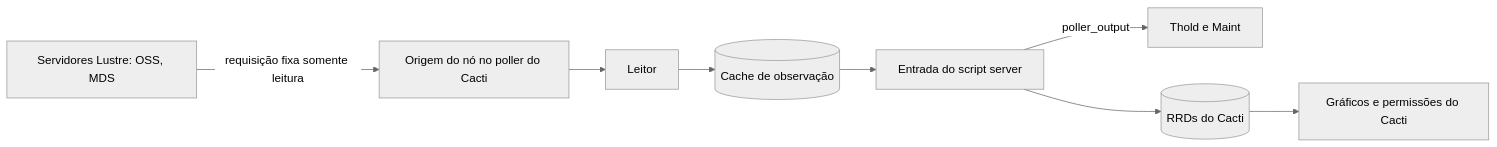
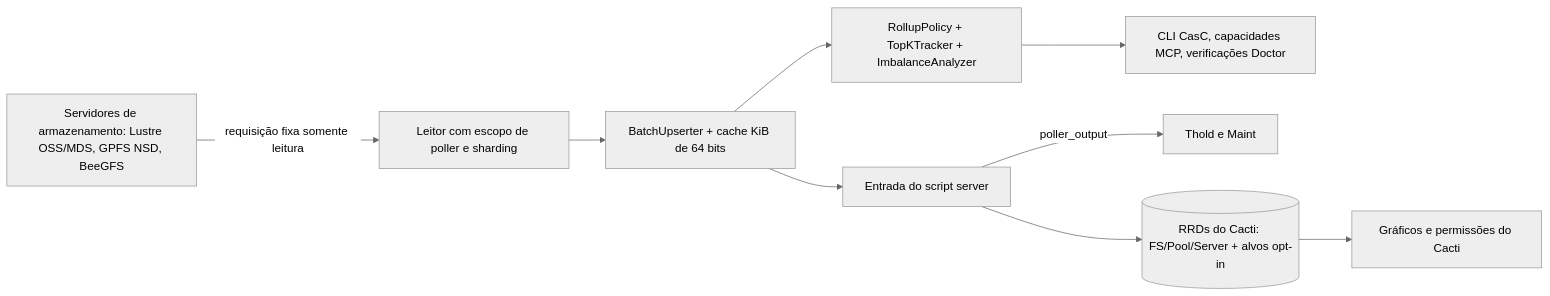
The diagram in docs/i18n/pt-BR/README.md (somethingwithproof/plugin_pfs), drawn with Mermaid (neutral theme) before and after one commit. The commit also changed other lines of this file and 47 other files, not shown here.

````diff
--- a/docs/i18n/pt-BR/README.md
+++ b/docs/i18n/pt-BR/README.md
@@ -74,10 +82,11 @@
 ```mermaid
 flowchart LR
-    N[Servidores Lustre: OSS, MDS] -->|requisição fixa somente leitura| S[Origem do nó no poller do Cacti]
-    S --> R[Leitor]
-    R --> C[(Cache de observação)]
-    C --> SS[Entrada do script server]
-    SS -->|poller_output| T[Thold e Maint]
-    SS --> RRD[(RRDs do Cacti)]
-    RRD --> G[Gráficos e permissões do Cacti]
+    N["Servidores de armazenamento: Lustre OSS/MDS, GPFS NSD, BeeGFS"] -->|requisição fixa somente leitura| S["Leitor com escopo de poller e sharding"]
+    S --> B["BatchUpserter + cache KiB de 64 bits"]
+    B --> R["RollupPolicy + TopKTracker + ImbalanceAnalyzer"]
+    B --> SS["Entrada do script server"]
+    R --> ECO["CLI CasC, capacidades MCP, verificações Doctor"]
+    SS -->|poller_output| T["Thold e Maint"]
+    SS --> RRD[("RRDs do Cacti: FS/Pool/Server + alvos opt-in")]
+    RRD --> G["Gráficos e permissões do Cacti"]
 ```
````
